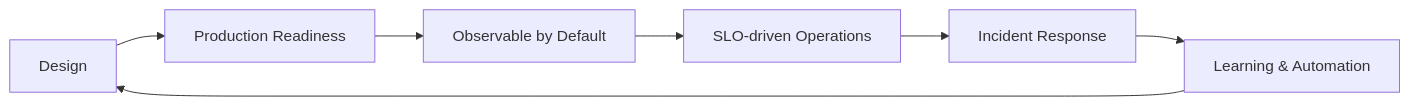
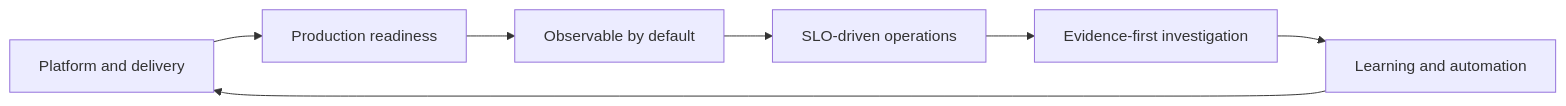
Before and after one commit to marcocristofolini/marcocristofolini: the diagram in README.md, drawn with Mermaid. The commit also changed other lines of this file, not shown here.

Commit message:
docs(profile): align English README with SRE and platform engineering résumé

````diff
--- a/README.md
+++ b/README.md
@@ -46,9 +58,9 @@
 ```mermaid
 flowchart LR
-    D[Design] --> R[Production Readiness]
-    R --> O[Observable by Default]
-    O --> S[SLO-driven Operations]
-    S --> I[Incident Response]
-    I --> L[Learning & Automation]
-    L --> D
+    P[Platform and delivery] --> R[Production readiness]
+    R --> O[Observable by default]
+    O --> S[SLO-driven operations]
+    S --> I[Evidence-first investigation]
+    I --> L[Learning and automation]
+    L --> P
 ```
````
